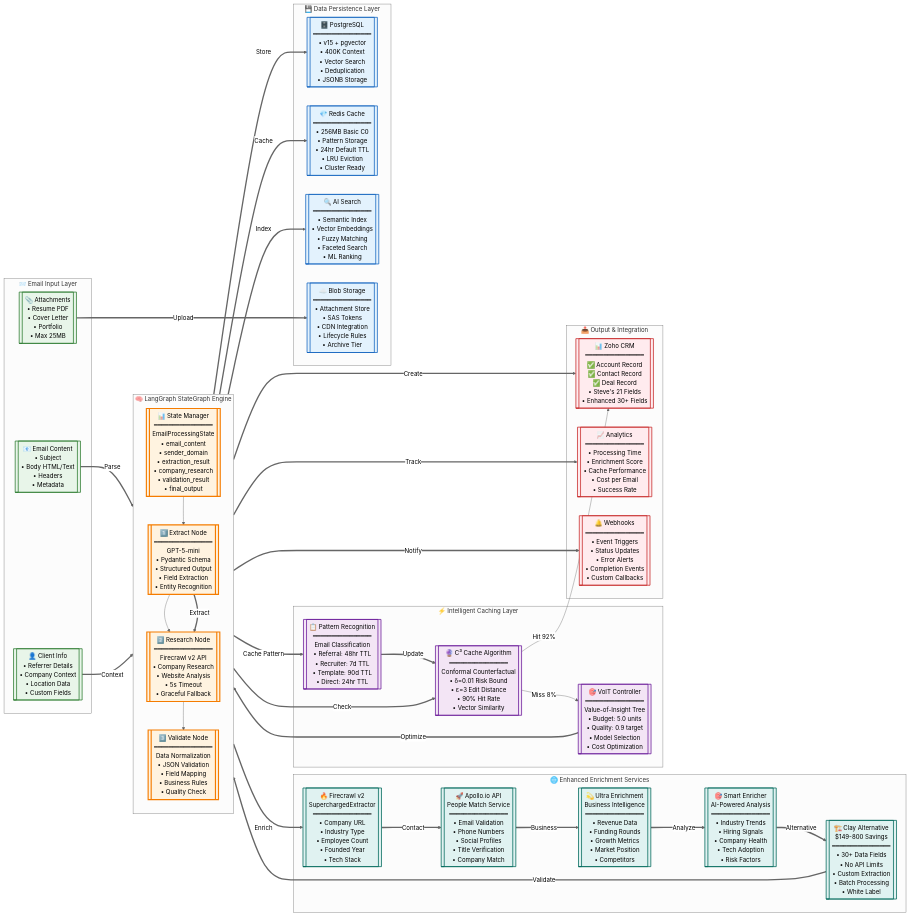
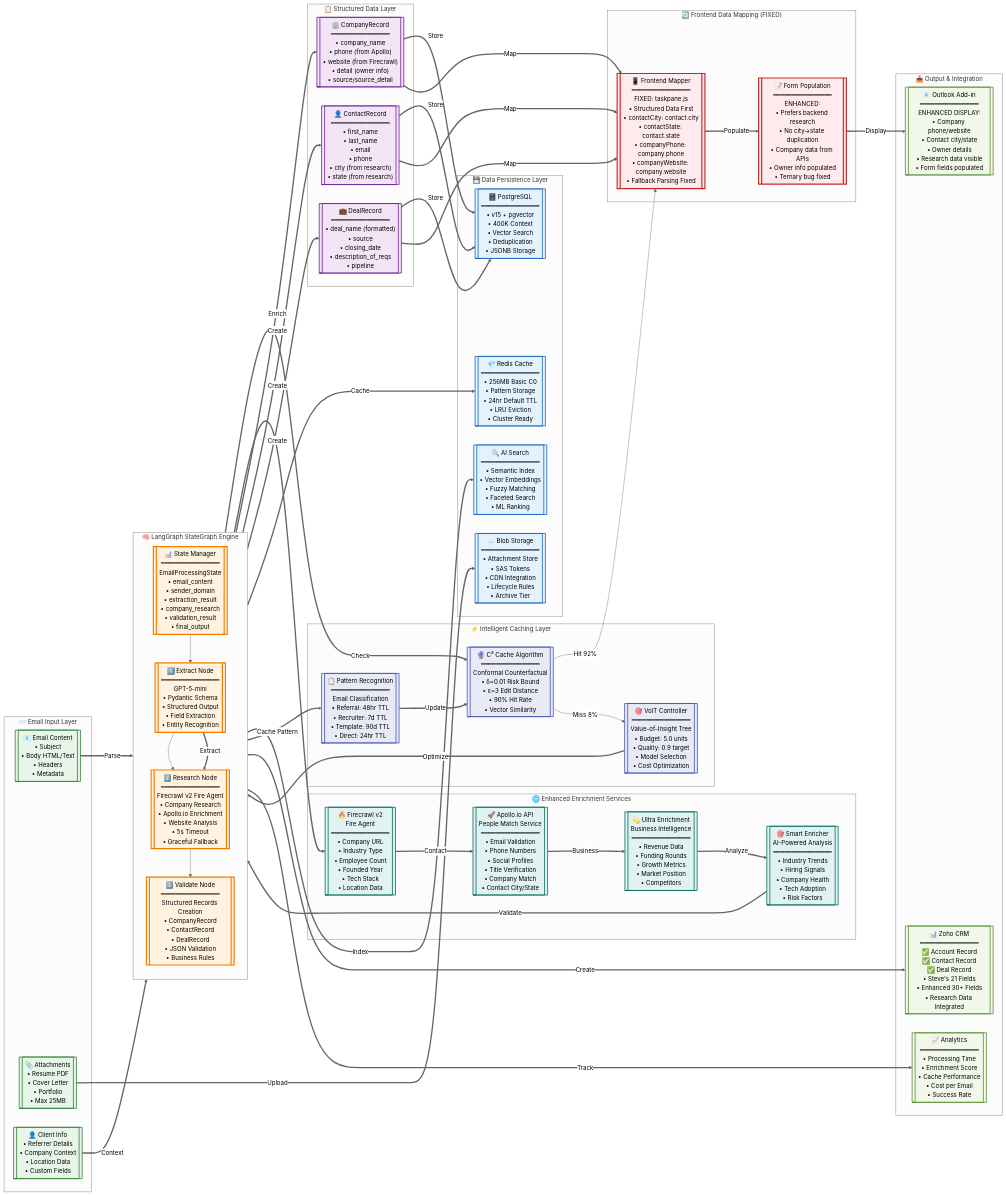
One commit to romiteld/ZohoDealCreation changed the fourth of 7 diagrams in README.md. Above: the diagram before and after it, drawn with Mermaid (neutral theme). The commit also changed other lines of this file and 6 other files, not shown here.

Commit message:
fix: Update .gitignore to allow firecrawl_research.py

````diff
--- a/README.md
+++ b/README.md
@@ -219,9 +219,9 @@
 
         EXT[["1️⃣ Extract Node<br/>━━━━━━━━━━━━━━━━<br/>GPT-5-mini<br/>• Pydantic Schema<br/>• Structured Output<br/>• Field Extraction<br/>• Entity Recognition"]]
 
-        RES[["2️⃣ Research Node<br/>━━━━━━━━━━━━━━━━<br/>Firecrawl v2 API<br/>• Company Research<br/>• Website Analysis<br/>• 5s Timeout<br/>• Graceful Fallback"]]
+        RES[["2️⃣ Research Node<br/>━━━━━━━━━━━━━━━━<br/>Firecrawl v2 Fire Agent<br/>• Company Research<br/>• Apollo.io Enrichment<br/>• Website Analysis<br/>• 5s Timeout<br/>• Graceful Fallback"]]
 
-        VAL[["3️⃣ Validate Node<br/>━━━━━━━━━━━━━━━━<br/>Data Normalization<br/>• JSON Validation<br/>• Field Mapping<br/>• Business Rules<br/>• Quality Check"]]
+        VAL[["3️⃣ Validate Node<br/>━━━━━━━━━━━━━━━━<br/>Structured Records Creation<br/>• CompanyRecord<br/>• ContactRecord<br/>• DealRecord<br/>• JSON Validation<br/>• Business Rules"]]
 
         STATE --> EXT
         EXT --> RES
@@ -229,15 +229,27 @@
     end
 
     subgraph "🌐 Enhanced Enrichment Services"
-        FC2[["🔥 Firecrawl v2<br/>SuperchargedExtractor<br/>━━━━━━━━━━━━━━━━<br/>• Company URL<br/>• Industry Type<br/>• Employee Count<br/>• Founded Year<br/>• Tech Stack"]]
+        FC2[["🔥 Firecrawl v2<br/>Fire Agent<br/>━━━━━━━━━━━━━━━━<br/>• Company URL<br/>• Industry Type<br/>• Employee Count<br/>• Founded Year<br/>• Tech Stack<br/>• Location Data"]]
 
-        APOLLO_ENR[["🚀 Apollo.io API<br/>People Match Service<br/>━━━━━━━━━━━━━━━━<br/>• Email Validation<br/>• Phone Numbers<br/>• Social Profiles<br/>• Title Verification<br/>• Company Match"]]
+        APOLLO_ENR[["🚀 Apollo.io API<br/>People Match Service<br/>━━━━━━━━━━━━━━━━<br/>• Email Validation<br/>• Phone Numbers<br/>• Social Profiles<br/>• Title Verification<br/>• Company Match<br/>• Contact City/State"]]
 
         ULTRA[["💫 Ultra Enrichment<br/>Business Intelligence<br/>━━━━━━━━━━━━━━━━<br/>• Revenue Data<br/>• Funding Rounds<br/>• Growth Metrics<br/>• Market Position<br/>• Competitors"]]
 
         SMART[["🎯 Smart Enricher<br/>AI-Powered Analysis<br/>━━━━━━━━━━━━━━━━<br/>• Industry Trends<br/>• Hiring Signals<br/>• Company Health<br/>• Tech Adoption<br/>• Risk Factors"]]
+    end
 
-        CLAY[["🏗️ Clay Alternative<br/>$149-800 Savings<br/>━━━━━━━━━━━━━━━━<br/>• 30+ Data Fields<br/>• No API Limits<br/>• Custom Extraction<br/>• Batch Processing<br/>• White Label"]]
+    subgraph "📋 Structured Data Layer"
+        COMPANY[["🏢 CompanyRecord<br/>━━━━━━━━━━━━━━━━<br/>• company_name<br/>• phone (from Apollo)<br/>• website (from Firecrawl)<br/>• detail (owner info)<br/>• source/source_detail"]]
+
+        CONTACT[["👤 ContactRecord<br/>━━━━━━━━━━━━━━━━<br/>• first_name<br/>• last_name<br/>• email<br/>• phone<br/>• city (from research)<br/>• state (from research)"]]
+
+        DEAL[["💼 DealRecord<br/>━━━━━━━━━━━━━━━━<br/>• deal_name (formatted)<br/>• source<br/>• closing_date<br/>• description_of_reqs<br/>• pipeline"]]
+    end
+
+    subgraph "🔄 Frontend Data Mapping (FIXED)"
+        MAPPER[["📱 Frontend Mapper<br/>━━━━━━━━━━━━━━━━<br/>FIXED: taskpane.js<br/>• Structured Data First<br/>• contactCity: contact.city<br/>• contactState: contact.state<br/>• companyPhone: company.phone<br/>• companyWebsite: company.website<br/>• Fallback Parsing Fixed"]]
+
+        FORM[["📝 Form Population<br/>━━━━━━━━━━━━━━━━<br/>ENHANCED:<br/>• Prefers backend research<br/>• No city→state duplication<br/>• Company data from APIs<br/>• Owner info populated<br/>• Ternary bug fixed"]]
     end
 
     subgraph "⚡ Intelligent Caching Layer"
@@ -259,11 +271,11 @@
     end
 
     subgraph "📤 Output & Integration"
-        CRM[["📊 Zoho CRM<br/>━━━━━━━━━━━━━━━━<br/>✅ Account Record<br/>✅ Contact Record<br/>✅ Deal Record<br/>• Steve's 21 Fields<br/>• Enhanced 30+ Fields"]]
+        CRM[["📊 Zoho CRM<br/>━━━━━━━━━━━━━━━━<br/>✅ Account Record<br/>✅ Contact Record<br/>✅ Deal Record<br/>• Steve's 21 Fields<br/>• Enhanced 30+ Fields<br/>• Research Data Integrated"]]
+
+        OUTLOOK[["📧 Outlook Add-in<br/>━━━━━━━━━━━━━━━━<br/>ENHANCED DISPLAY:<br/>• Company phone/website<br/>• Contact city/state<br/>• Owner details<br/>• Research data visible<br/>• Form fields populated"]]
 
         METRICS[["📈 Analytics<br/>━━━━━━━━━━━━━━━━<br/>• Processing Time<br/>• Enrichment Score<br/>• Cache Performance<br/>• Cost per Email<br/>• Success Rate"]]
-
-        WEBHOOK[["🔔 Webhooks<br/>━━━━━━━━━━━━━━━━<br/>• Event Triggers<br/>• Status Updates<br/>• Error Alerts<br/>• Completion Events<br/>• Custom Callbacks"]]
     end
 
     %% Input Flow
@@ -273,7 +285,7 @@
 
     %% Cache Check
     STATE ==>|Check| C3
-    C3 -->|Hit 92%| CRM
+    C3 -->|Hit 92%| MAPPER
     C3 -->|Miss 8%| VOIT
 
     %% Processing Flow
@@ -283,33 +295,49 @@
     FC2 ==>|Contact| APOLLO_ENR
     APOLLO_ENR ==>|Business| ULTRA
     ULTRA ==>|Analyze| SMART
-    SMART ==>|Alternative| CLAY
 
-    %% Validation Flow
-    CLAY ==>|Validate| VAL
-    VAL ==>|Store| PG_DB
+    %% Structured Data Creation
+    SMART ==>|Validate| VAL
+    VAL ==>|Create| COMPANY
+    VAL ==>|Create| CONTACT
+    VAL ==>|Create| DEAL
+
+    %% Data Persistence
+    COMPANY ==>|Store| PG_DB
+    CONTACT ==>|Store| PG_DB
+    DEAL ==>|Store| PG_DB
     VAL ==>|Cache| REDIS
     VAL ==>|Index| AZURE_SEARCH
     VAL ==>|Cache Pattern| PATTERN
     PATTERN ==>|Update| C3
 
+    %% Frontend Data Flow (NEW)
+    COMPANY ==>|Map| MAPPER
+    CONTACT ==>|Map| MAPPER
+    DEAL ==>|Map| MAPPER
+    MAPPER ==>|Populate| FORM
+
     %% Output Flow
     VAL ==>|Create| CRM
+    FORM ==>|Display| OUTLOOK
     VAL ==>|Track| METRICS
-    VAL ==>|Notify| WEBHOOK
 
     %% Styling
     classDef input fill:#E8F5E9,stroke:#2E7D32,stroke-width:2px
     classDef langgraph fill:#FFF3E0,stroke:#F57C00,stroke-width:3px
     classDef enrichment fill:#E0F2F1,stroke:#00695C,stroke-width:2px
-    classDef cache fill:#F3E5F5,stroke:#6A1B9A,stroke-width:2px
+    classDef structured fill:#F3E5F5,stroke:#6A1B9A,stroke-width:2px
+    classDef frontend fill:#FFEBEE,stroke:#C62828,stroke-width:3px
+    classDef cache fill:#E8EAF6,stroke:#3F51B5,stroke-width:2px
     classDef storage fill:#E3F2FD,stroke:#1565C0,stroke-width:2px
-    classDef output fill:#FFEBEE,stroke:#C62828,stroke-width:2px
+    classDef output fill:#F1F8E9,stroke:#558B2F,stroke-width:2px
 
     class EMAIL,ATT,CLIENT input
     class STATE,EXT,RES,VAL langgraph
-    class FC2,APOLLO_ENR,ULTRA,SMART,CLAY enrichment
+    class FC2,APOLLO_ENR,ULTRA,SMART enrichment
+    class COMPANY,CONTACT,DEAL structured
+    class MAPPER,FORM frontend
     class C3,VOIT,PATTERN cache
     class PG_DB,REDIS,AZURE_SEARCH,BLOB_STORE storage
-    class CRM,METRICS,WEBHOOK output
+    class CRM,OUTLOOK,METRICS output
 ```
````
